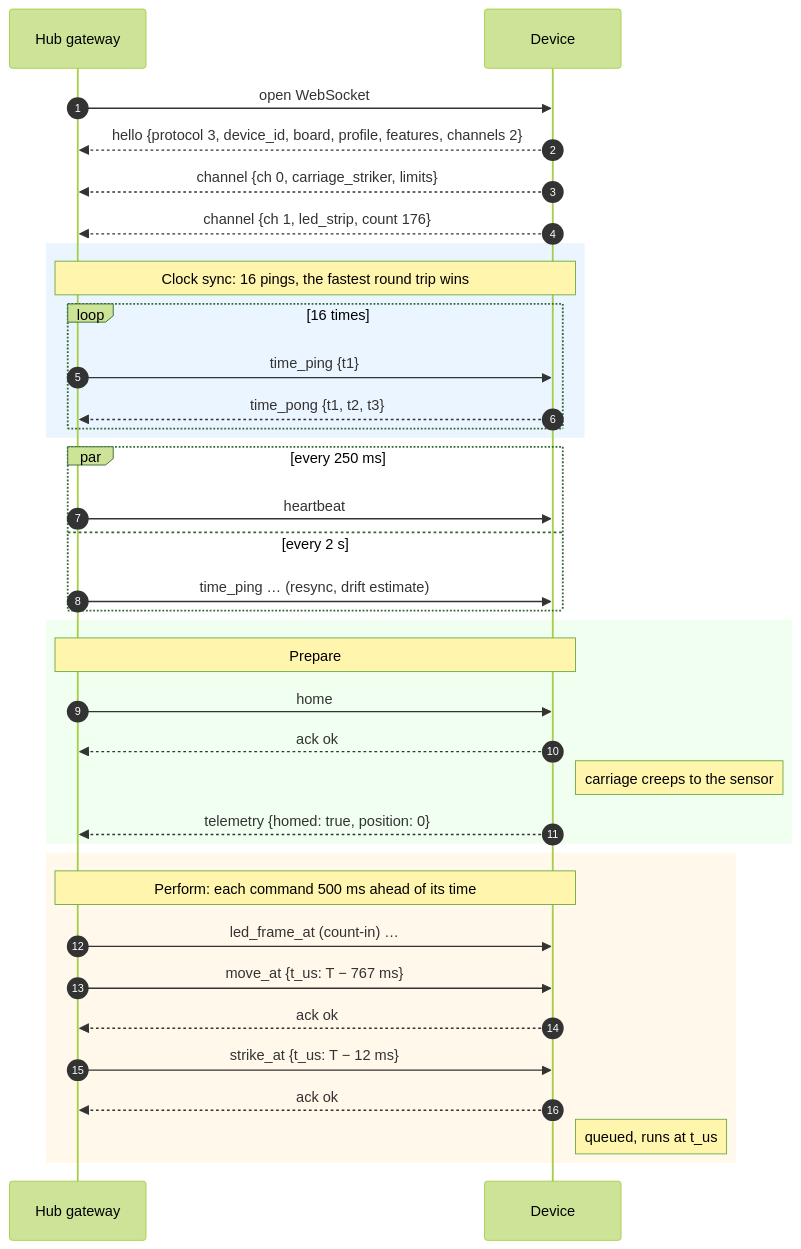
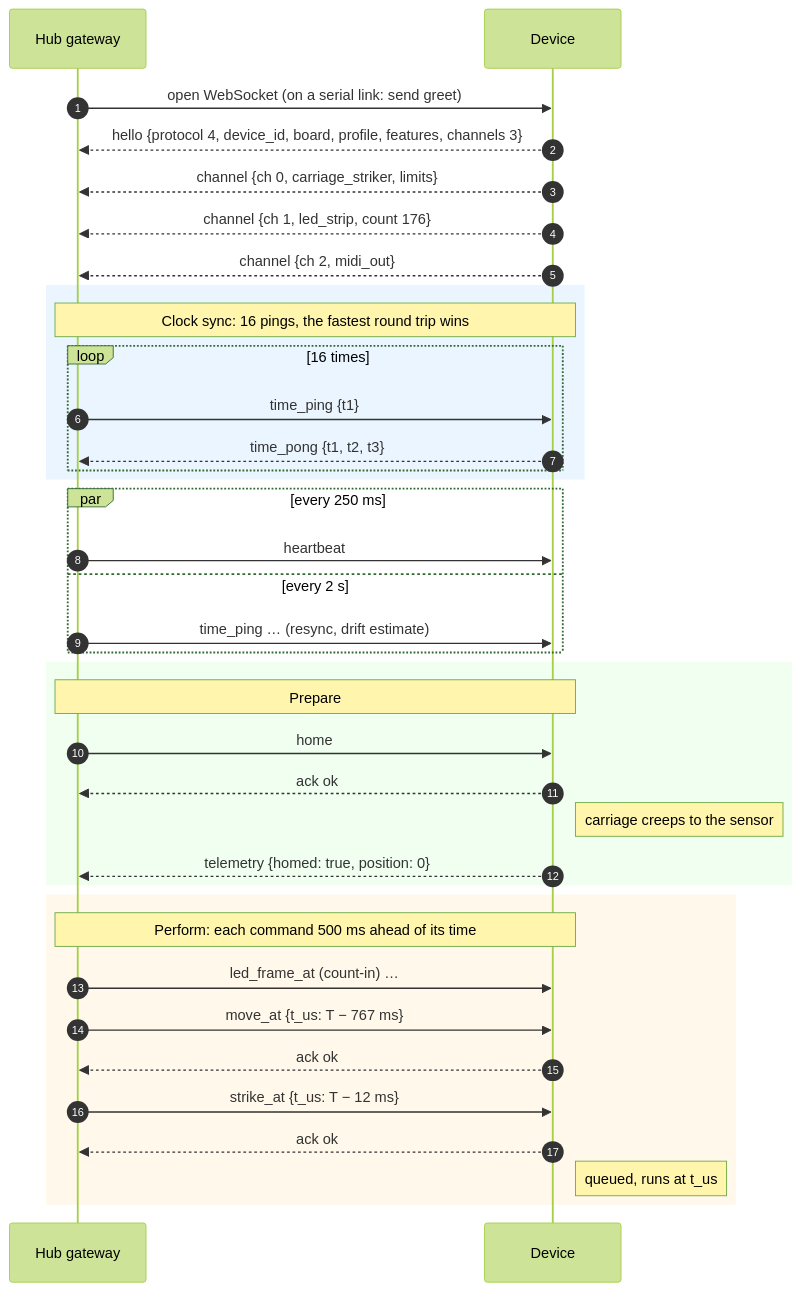
One commit to gilrvrv-design/Duet changed the second of 6 diagrams in docs/device-protocol.md. Above: the diagram before and after it, drawn with Mermaid (forest theme). The commit also changed other lines of this file and 16 other files, not shown here.

First line of the commit message:
The full loop runs on QEMU: a serial link asks for the greeting (protocol 4)

````diff
--- a/docs/device-protocol.md
+++ b/docs/device-protocol.md
@@ -154,43 +158,44 @@
 ```mermaid
 sequenceDiagram
     autonumber
     participant H as Hub gateway
     participant D as Device
 
-    H->>D: open WebSocket
-    D-->>H: hello {protocol 3, device_id, board, profile, features, channels 2}
+    H->>D: open WebSocket (on a serial link: send greet)
+    D-->>H: hello {protocol 4, device_id, board, profile, features, channels 3}
     D-->>H: channel {ch 0, carriage_striker, limits}
     D-->>H: channel {ch 1, led_strip, count 176}
+    D-->>H: channel {ch 2, midi_out}
 
     rect rgb(235, 245, 255)
     Note over H,D: Clock sync: 16 pings, the fastest round trip wins
     loop 16 times
         H->>D: time_ping {t1}
         D-->>H: time_pong {t1, t2, t3}
     end
     end
 
     par every 250 ms
         H->>D: heartbeat
     and every 2 s
         H->>D: time_ping … (resync, drift estimate)
     end
 
     rect rgb(240, 255, 240)
     Note over H,D: Prepare
     H->>D: home
     D-->>H: ack ok
     Note right of D: carriage creeps to the sensor
     D-->>H: telemetry {homed: true, position: 0}
     end
 
     rect rgb(255, 248, 235)
     Note over H,D: Perform: each command 500 ms ahead of its time
     H->>D: led_frame_at (count-in) …
     H->>D: move_at {t_us: T − 767 ms}
     D-->>H: ack ok
     H->>D: strike_at {t_us: T − 12 ms}
     D-->>H: ack ok
     Note right of D: queued, runs at t_us
     end
 ```
````
